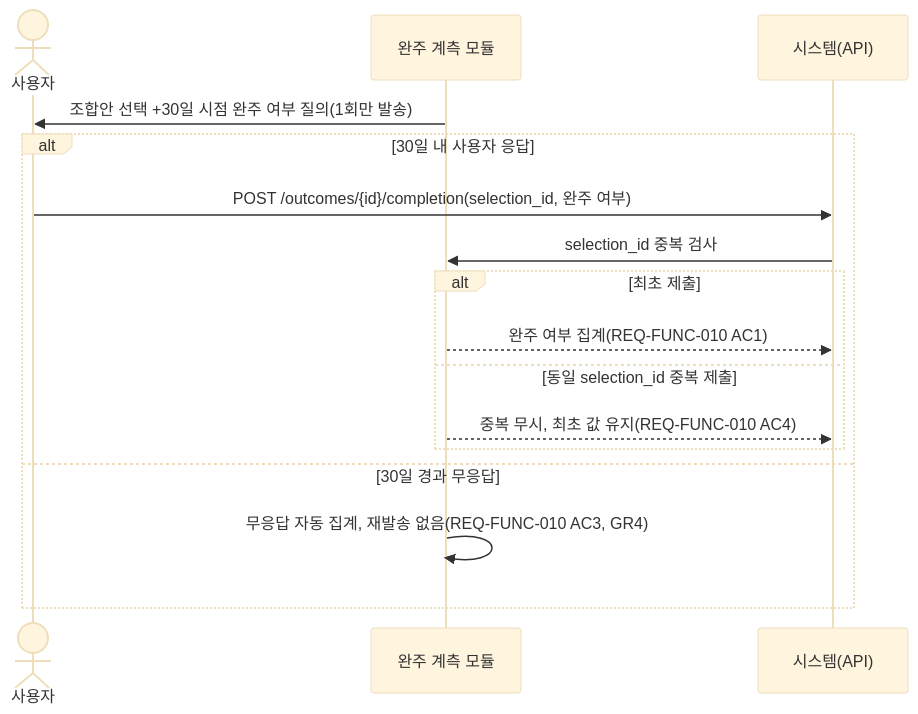
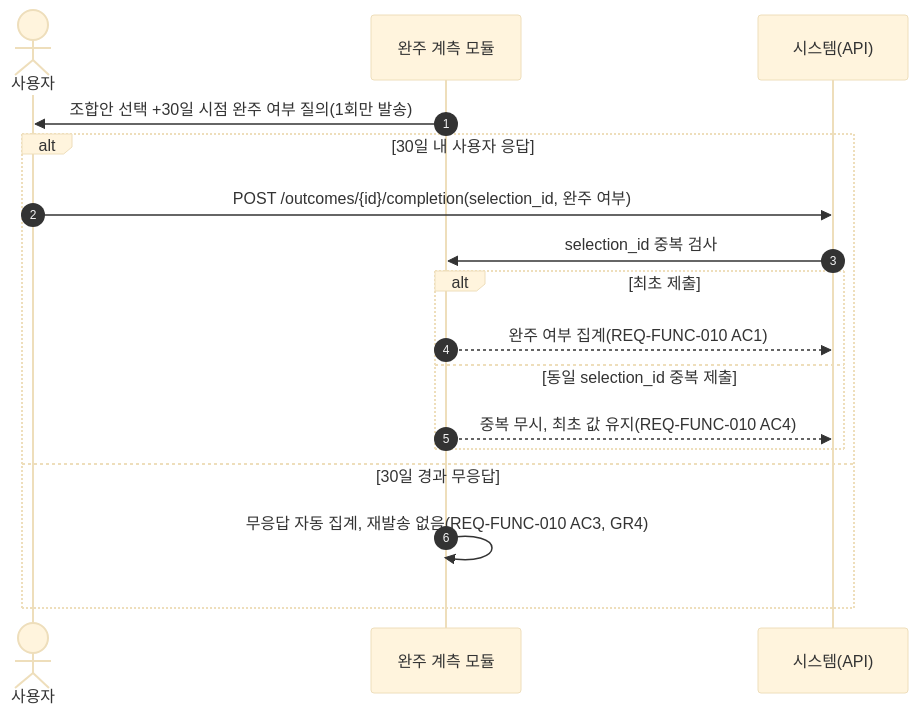
The third of 11 diagrams in SRS-Drafts/SRS_CardFit_v0.1.md (jennie-brain/CardFit-prd-to-srs), drawn with Mermaid (base theme) before and after one commit. The commit also changed other lines of this file and 1 other file, not shown here.

First line of the commit message:
Add step numbers to sequence diagrams, style them white for contrast

````diff
--- a/SRS-Drafts/SRS_CardFit_v0.1.md
+++ b/SRS-Drafts/SRS_CardFit_v0.1.md
@@ -208,19 +210,20 @@
 ```mermaid
 sequenceDiagram
+    autonumber
     actor 사용자
     participant 완주모듈 as 완주 계측 모듈
     participant API as 시스템(API)
 
     완주모듈->>사용자: 조합안 선택 +30일 시점 완주 여부 질의(1회만 발송)
     alt 30일 내 사용자 응답
         사용자->>API: POST /outcomes/{id}/completion(selection_id, 완주 여부)
         API->>완주모듈: selection_id 중복 검사
         alt 최초 제출
             완주모듈-->>API: 완주 여부 집계(REQ-FUNC-010 AC1)
         else 동일 selection_id 중복 제출
             완주모듈-->>API: 중복 무시, 최초 값 유지(REQ-FUNC-010 AC4)
         end
     else 30일 경과 무응답
         완주모듈->>완주모듈: 무응답 자동 집계, 재발송 없음(REQ-FUNC-010 AC3, GR4)
     end
 ```
````
